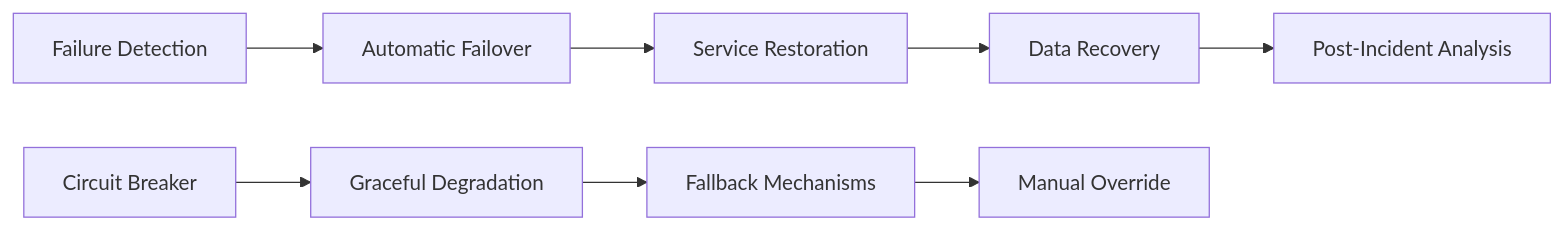
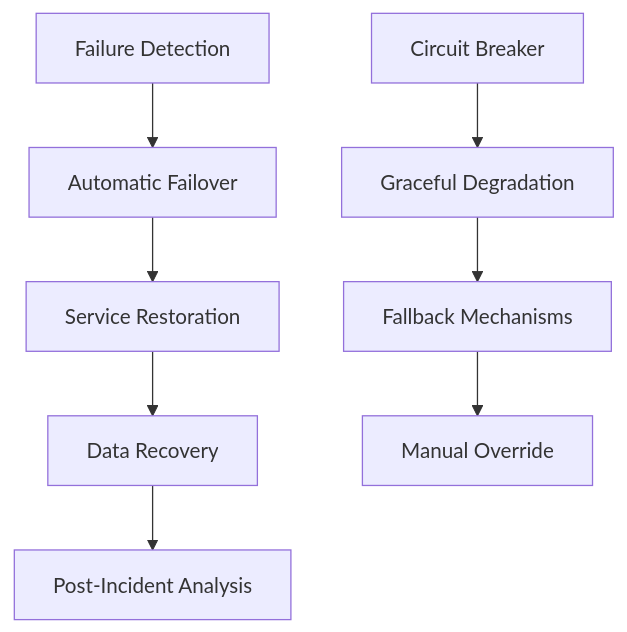
Diagram 18 of 23 in docs/030000_設計/033000_アーキテクチャ/033010_全体構成.md (daichiTAAA/AgentOpsPlatform), drawn with Mermaid before and after one commit. The commit also changed other lines of this file, not shown here.

````diff
--- a/docs/030000_設計/033000_アーキテクチャ/033010_全体構成.md
+++ b/docs/030000_設計/033000_アーキテクチャ/033010_全体構成.md
@@ -588,11 +616,11 @@
 ```mermaid
-graph LR
+graph TD
     A[Failure Detection] --> B[Automatic Failover]
     B --> C[Service Restoration]
     C --> D[Data Recovery]
     D --> E[Post-Incident Analysis]
     
     F[Circuit Breaker] --> G[Graceful Degradation]
     G --> H[Fallback Mechanisms]
     H --> I[Manual Override]
 ```
````
